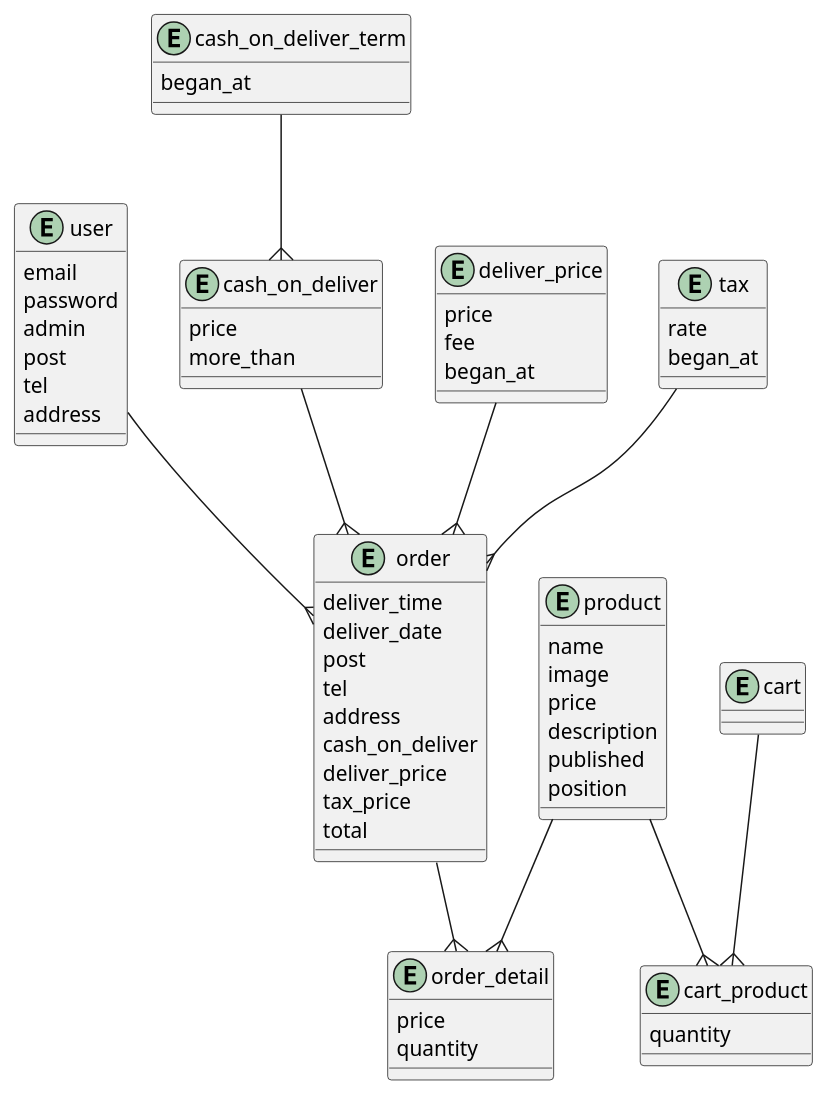
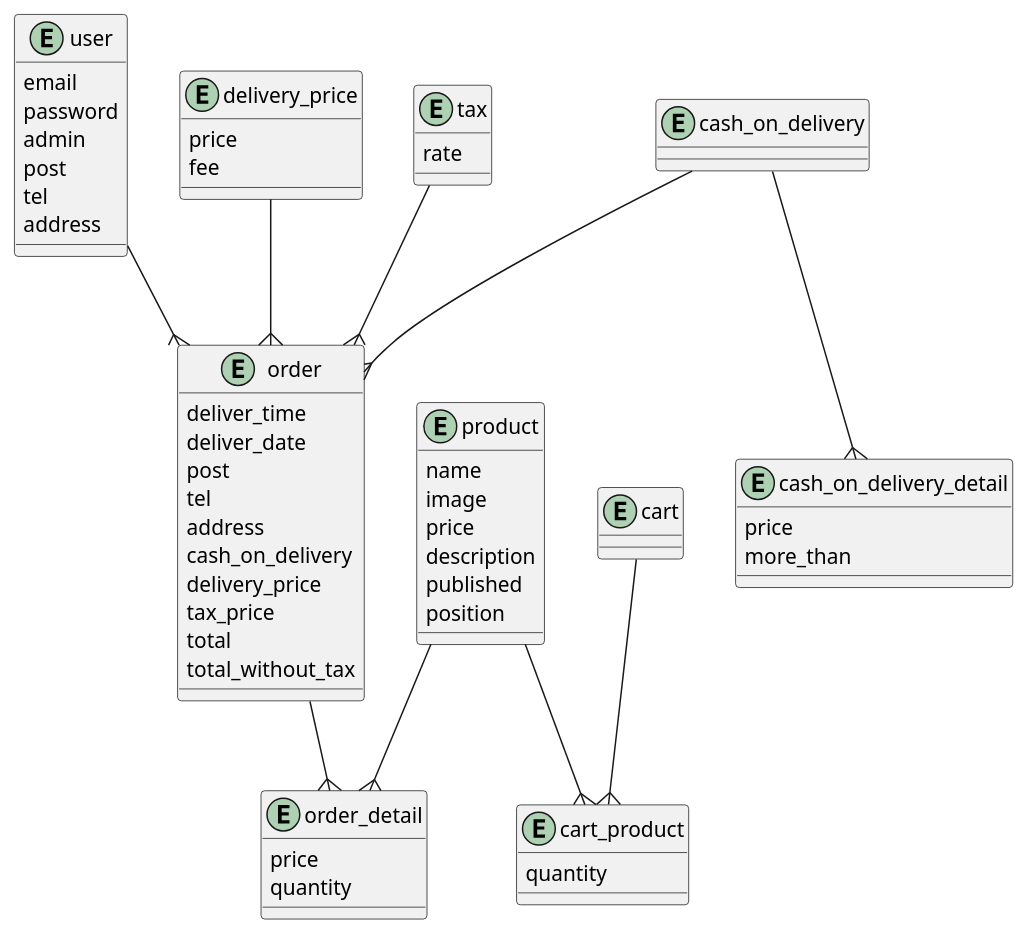
Before and after one commit to kenchiki/rails-example-ec2: the diagram in er.puml, drawn with PlantUML.

Commit message:
[add]DB設計をできる限りシンプルに

```diff
--- a/er.puml
+++ b/er.puml
@@ -1,75 +1,73 @@
 @startuml
 
 entity "user" {
   email
   password
   admin
   post
   tel
   address
 }
 
-entity "cash_on_deliver" {
+entity "cash_on_delivery_detail" {
   price
   more_than
 }
 
-entity "cash_on_deliver_term" {
-  began_at
+entity "cash_on_delivery" {
 }
 
-entity "deliver_price" {
+entity "delivery_price" {
   price
   fee
-  began_at
 }
 
 entity "tax" {
   rate
-  began_at
 }
 
 entity "cart" {
 }
 
 entity "cart_product" {
   quantity
 }
 
 entity "order" {
   deliver_time
   deliver_date
   post
   tel
   address
-  cash_on_deliver
-  deliver_price
+  cash_on_delivery
+  delivery_price
   tax_price
   total
+  total_without_tax
 }
 
 entity "order_detail" {
   price
   quantity
 }
 
 entity "product" {
   name
   image
   price
   description
   published
   position
 }
 
-cash_on_deliver_term--{cash_on_deliver
+cash_on_delivery--{cash_on_delivery_detail
 tax--{order
 cart--{cart_product
-deliver_price--{order
+delivery_price--{order
 product--{cart_product
-cash_on_deliver--{order
+cash_on_delivery--{order
 user--{order
 order--{order_detail
 product--{order_detail
 
 @enduml
```
